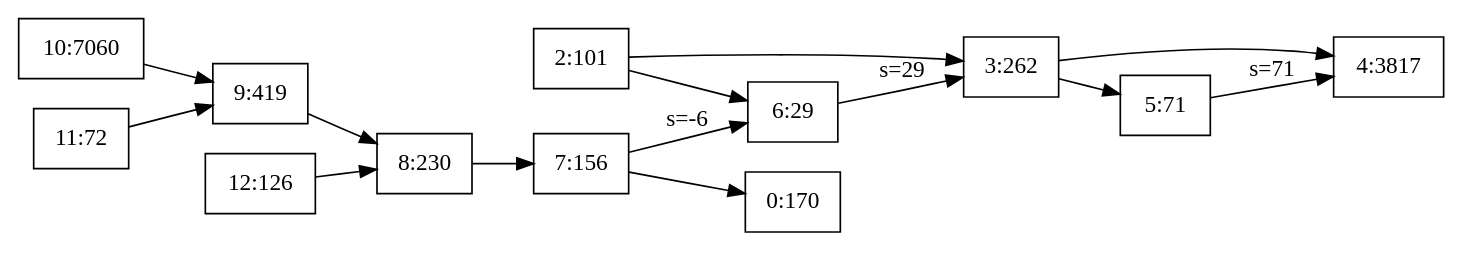
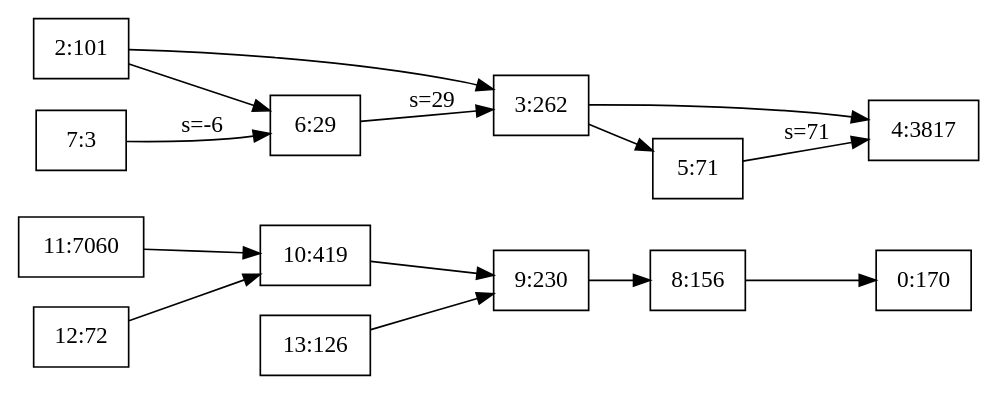
The diagram in graph/rm_bf_update.dot (agongdai/peta), drawn with Graphviz before and after one commit. The commit also changed 34 other files, not shown here.

```diff
--- a/graph/rm_bf_update.dot
+++ b/graph/rm_bf_update.dot
@@ -1,29 +1,29 @@
 digraph g { 
 	rankdir = LR 
 	0 [shape=box, label="0:170"] 
 	2 [shape=box, label="2:101"] 
 	2 -> 3
 	2 -> 6
 	3 [shape=box, label="3:262"] 
 	3 -> 4
 	3 -> 5
 	4 [shape=box, label="4:3817"] 
 	5 [shape=box, label="5:71"] 
 	5 -> 4 [label="s=71"] 
 	6 [shape=box, label="6:29"] 
 	6 -> 3 [label="s=29"] 
 	7 [shape=box, label="7:3"] 
 	7 -> 6 [label="s=-6"] 
-	7 [shape=box, label="7:156"] 
-	7 -> 0
-	8 [shape=box, label="8:230"] 
-	8 -> 7
-	9 [shape=box, label="9:419"] 
+	8 [shape=box, label="8:156"] 
+	8 -> 0
+	9 [shape=box, label="9:230"] 
 	9 -> 8
-	10 [shape=box, label="10:7060"] 
+	10 [shape=box, label="10:419"] 
 	10 -> 9
-	11 [shape=box, label="11:72"] 
-	11 -> 9
-	12 [shape=box, label="12:126"] 
-	12 -> 8
+	11 [shape=box, label="11:7060"] 
+	11 -> 10
+	12 [shape=box, label="12:72"] 
+	12 -> 10
+	13 [shape=box, label="13:126"] 
+	13 -> 9
 } 
```
